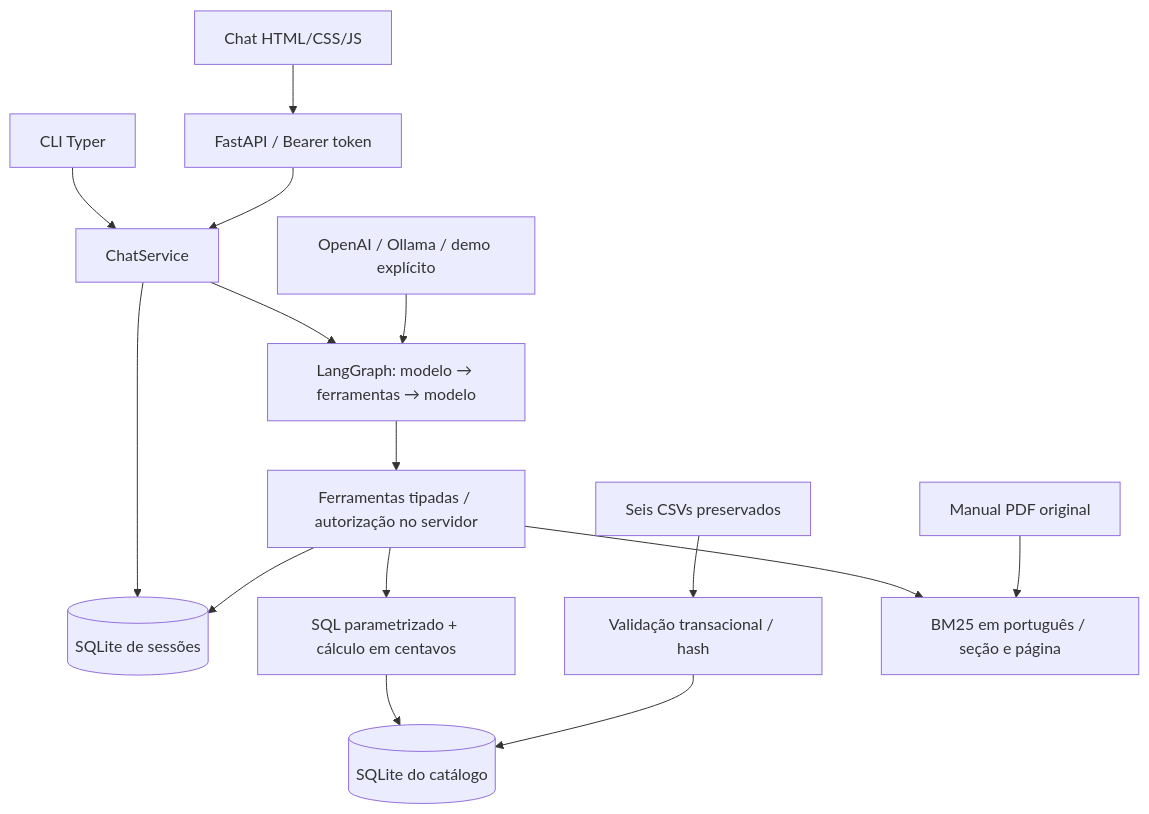
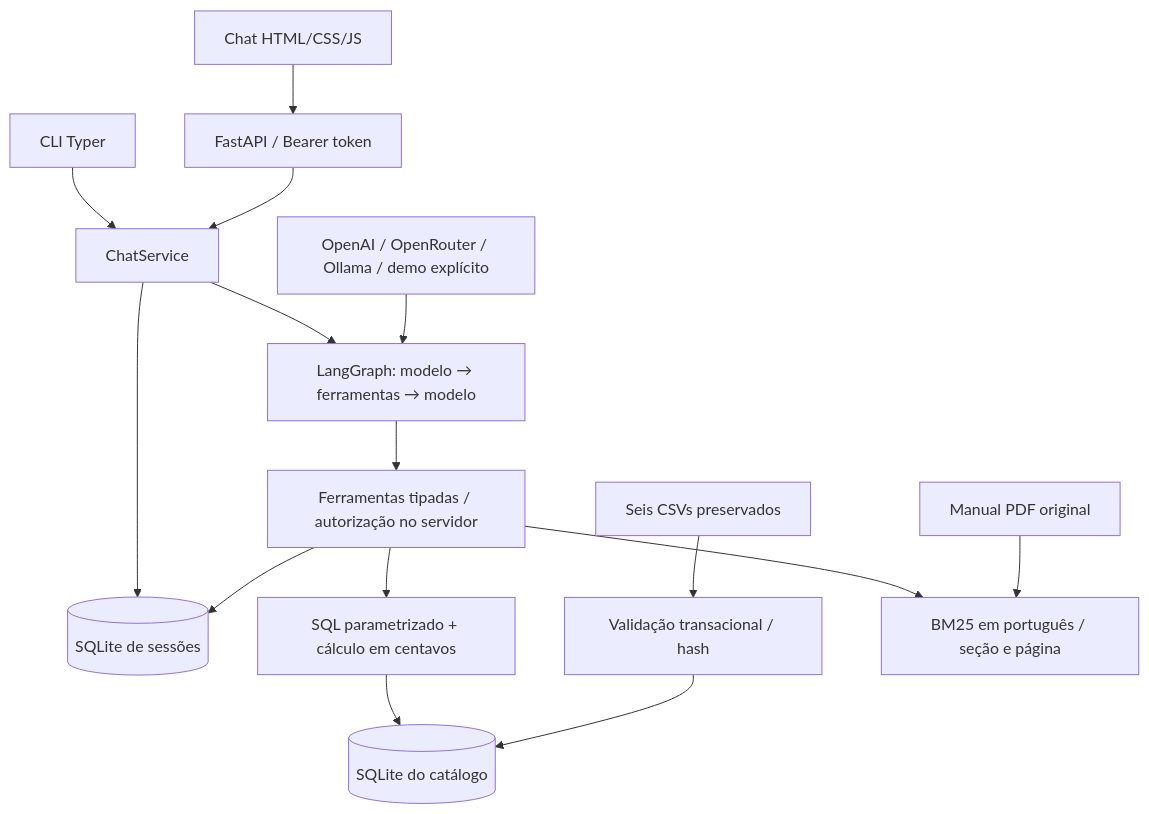
Before and after one commit to viniciiooss/case-artefact-ai-engineer: the diagram in docs/architecture.md, drawn with Mermaid. The commit also changed other lines of this file and 12 other files, not shown here.

Commit message:
feat: adapt OpenRouter provider patterns from Yaitec case

````diff
--- a/docs/architecture.md
+++ b/docs/architecture.md
@@ -7,17 +7,17 @@
 ```mermaid
 flowchart TD
     UI[Chat HTML/CSS/JS] --> HTTP[FastAPI / Bearer token]
     CLI[CLI Typer] --> Service[ChatService]
     HTTP --> Service
     Service --> Sessions[(SQLite de sessões)]
     Service --> Graph[LangGraph: modelo → ferramentas → modelo]
-    Provider[OpenAI / Ollama / demo explícito] --> Graph
+    Provider[OpenAI / OpenRouter / Ollama / demo explícito] --> Graph
     Graph --> Tools[Ferramentas tipadas / autorização no servidor]
     Tools --> SQL[SQL parametrizado + cálculo em centavos]
     SQL --> Catalog[(SQLite do catálogo)]
     CSV[Seis CSVs preservados] --> Ingest[Validação transacional / hash]
     Ingest --> Catalog
     Tools --> BM25[BM25 em português / seção e página]
     PDF[Manual PDF original] --> BM25
     Tools --> Sessions
 ```
````
